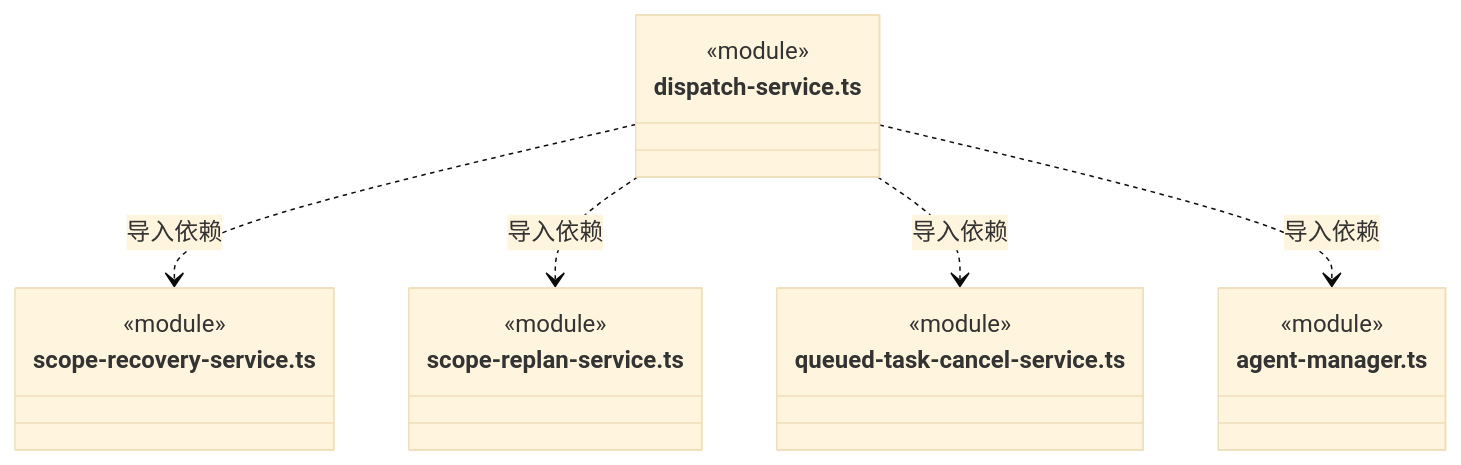
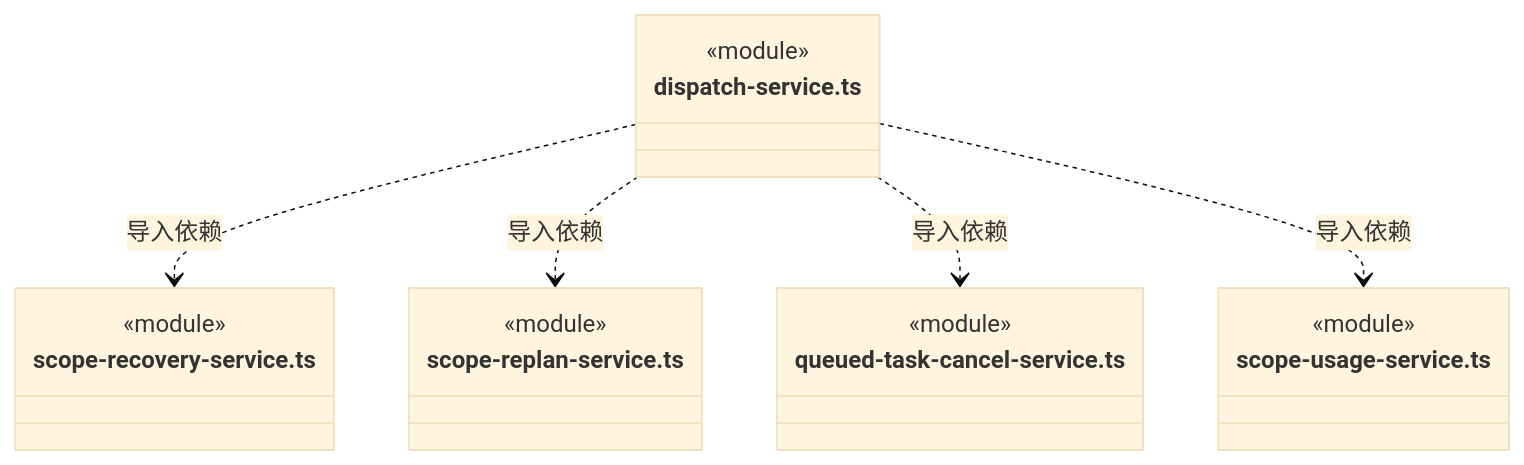
Before and after one commit to nan023062/cbim: diagram 36 of 44 in src/backend/scheduler-engine/execution/ARCHITECTURE.md, drawn with Mermaid (base theme). The commit also changed other lines of this file and 53 other files, not shown here.

````diff
--- a/src/backend/scheduler-engine/execution/ARCHITECTURE.md
+++ b/src/backend/scheduler-engine/execution/ARCHITECTURE.md
@@ -966,22 +1005,22 @@
 ```mermaid
 classDiagram
 class N_src_backend_scheduler_engine_execution_dispatch_service_ts["dispatch-service.ts"] {
   <<module>>
 }
 class N_src_backend_scheduler_engine_execution_scope_recovery_service_ts["scope-recovery-service.ts"] {
   <<module>>
 }
 class N_src_backend_scheduler_engine_execution_scope_replan_service_ts["scope-replan-service.ts"] {
   <<module>>
 }
 class N_src_backend_scheduler_engine_execution_queued_task_cancel_service_ts["queued-task-cancel-service.ts"] {
   <<module>>
 }
-class N_src_backend_scheduler_engine_execution_agent_manager_ts["agent-manager.ts"] {
+class N_src_backend_scheduler_engine_execution_scope_usage_service_ts["scope-usage-service.ts"] {
   <<module>>
 }
 N_src_backend_scheduler_engine_execution_dispatch_service_ts ..> N_src_backend_scheduler_engine_execution_scope_recovery_service_ts : 导入依赖
 N_src_backend_scheduler_engine_execution_dispatch_service_ts ..> N_src_backend_scheduler_engine_execution_scope_replan_service_ts : 导入依赖
 N_src_backend_scheduler_engine_execution_dispatch_service_ts ..> N_src_backend_scheduler_engine_execution_queued_task_cancel_service_ts : 导入依赖
-N_src_backend_scheduler_engine_execution_dispatch_service_ts ..> N_src_backend_scheduler_engine_execution_agent_manager_ts : 导入依赖
+N_src_backend_scheduler_engine_execution_dispatch_service_ts ..> N_src_backend_scheduler_engine_execution_scope_usage_service_ts : 导入依赖
 ```
````
